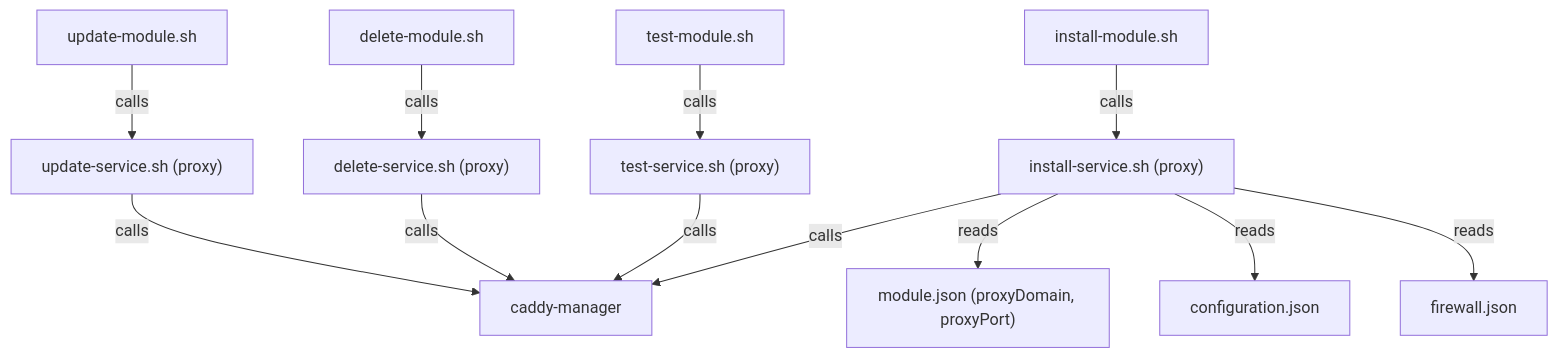
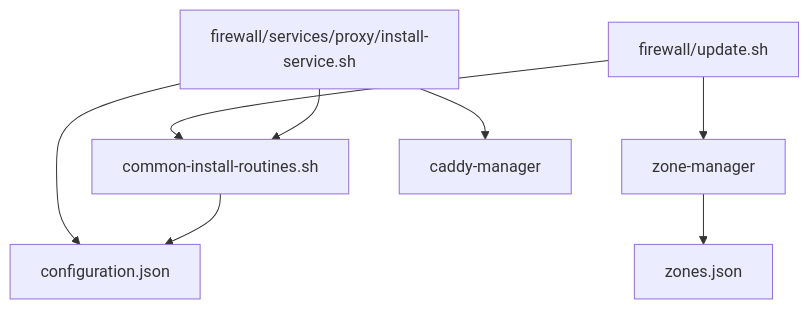
The ninth of 9 diagrams in src/foundation/DEPENDENCIES.md (TAPPaaS/TAPPaaS), drawn with Mermaid before and after one commit. The commit also changed other lines of this file and 44 other files, not shown here.

Commit message:
close #106 close #108 : updated configuration.json and node name handling

````diff
--- a/src/foundation/DEPENDENCIES.md
+++ b/src/foundation/DEPENDENCIES.md
@@ -298,16 +250,10 @@
 ```mermaid
 graph TD
-    IM[install-module.sh] -->|calls| A["install-service.sh (proxy)"]
-    UM[update-module.sh] -->|calls| B["update-service.sh (proxy)"]
-    DM[delete-module.sh] -->|calls| C["delete-service.sh (proxy)"]
-    TMS[test-module.sh] -->|calls| D["test-service.sh (proxy)"]
-
-    A -->|calls| CM[caddy-manager]
-    B -->|calls| CM
-    C -->|calls| CM
-    D -->|calls| CM
-
-    A -->|reads| MJ["module.json (proxyDomain, proxyPort)"]
-    A -->|reads| CJ[configuration.json]
-    A -->|reads| FJ[firewall.json]
+    A["firewall/update.sh"] --> B["common-install-routines.sh"]
+    A --> C["zone-manager"]
+    C --> D["zones.json"]
+    E["firewall/services/proxy/install-service.sh"] --> B
+    E --> F["caddy-manager"]
+    E --> G["configuration.json"]
+    B --> G
 ```
````
